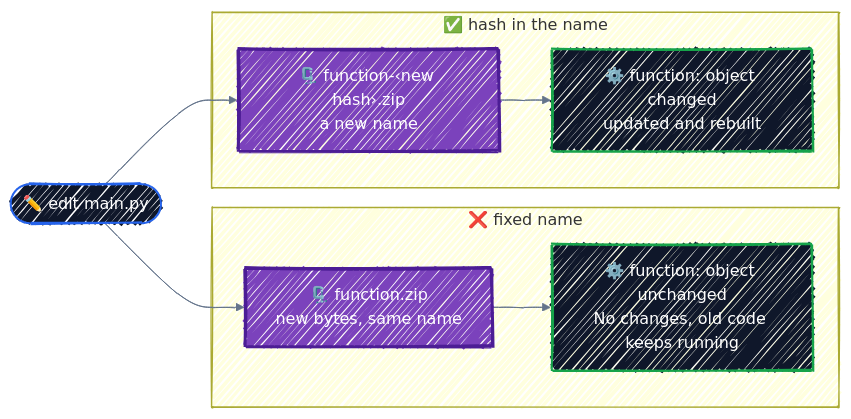
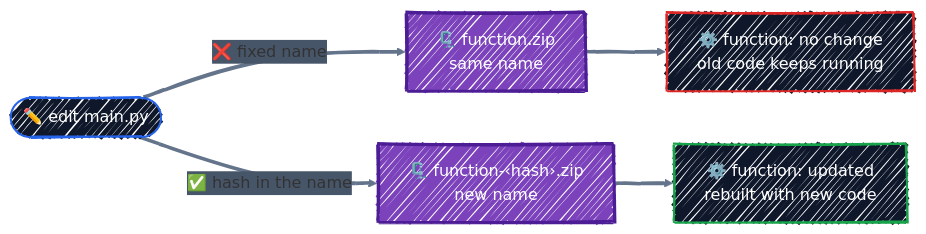
Before and after one commit to r97221004/terraform-tutorial: the second of 3 diagrams in docs/gcp-services/cloud-functions.md, drawn with Mermaid.

Commit message:
docs: make the Cloud Functions object-name diagram readable
Drop the hatched subgraphs, put the two cases on the arrows, shorten the
labels, and outline the no-change outcome in red.

````diff
--- a/docs/gcp-services/cloud-functions.md
+++ b/docs/gcp-services/cloud-functions.md
@@ -90,37 +90,31 @@
 ```mermaid
 ---
 config:
   look: handDrawn
   theme: default
   themeVariables:
     fontFamily: '"Comic Sans MS", "Comic Sans", "Segoe Print", "Bradley Hand", cursive'
     lineColor: '#64748B'
     edgeLabelBackground: '#475569'
   themeCSS: |
     .edgeLabel, .edgeLabel p, .edgeLabel span { color: #FFFFFF !important; }
 ---
 flowchart LR
     edit(["✏️ edit main.py"])
+    f1["🗜️ function.zip<br/>same name"]
+    f2["⚙️ function: no change<br/>old code keeps running"]
+    h1["🗜️ function-‹hash›.zip<br/>new name"]
+    h2["⚙️ function: updated<br/>rebuilt with new code"]
 
-    subgraph fixed["❌ fixed name"]
-        f1["🗜️ function.zip<br/>new bytes, same name"]
-        f2["⚙️ function: object unchanged<br/>No changes, old code keeps running"]
-        f1 --> f2
-    end
-
-    subgraph hashed["✅ hash in the name"]
-        h1["🗜️ function-‹new hash›.zip<br/>a new name"]
-        h2["⚙️ function: object changed<br/>updated and rebuilt"]
-        h1 --> h2
-    end
-
-    edit --> f1
-    edit --> h1
+    edit ==>|"❌ fixed name"| f1 ==> f2
+    edit ==>|"✅ hash in the name"| h1 ==> h2
 
     classDef ctrl fill:#0F172A,stroke:#2563EB,stroke-width:2px,color:#FFFFFF
     classDef eng fill:#7B42BC,stroke:#4C1D95,stroke-width:3px,color:#FFFFFF
     classDef tgt fill:#0F172A,stroke:#16A34A,stroke-width:2px,color:#FFFFFF
+    classDef bad fill:#0F172A,stroke:#DC2626,stroke-width:2px,color:#FFFFFF
     class edit ctrl
     class f1,h1 eng
-    class f2,h2 tgt
+    class h2 tgt
+    class f2 bad
 ```
````
